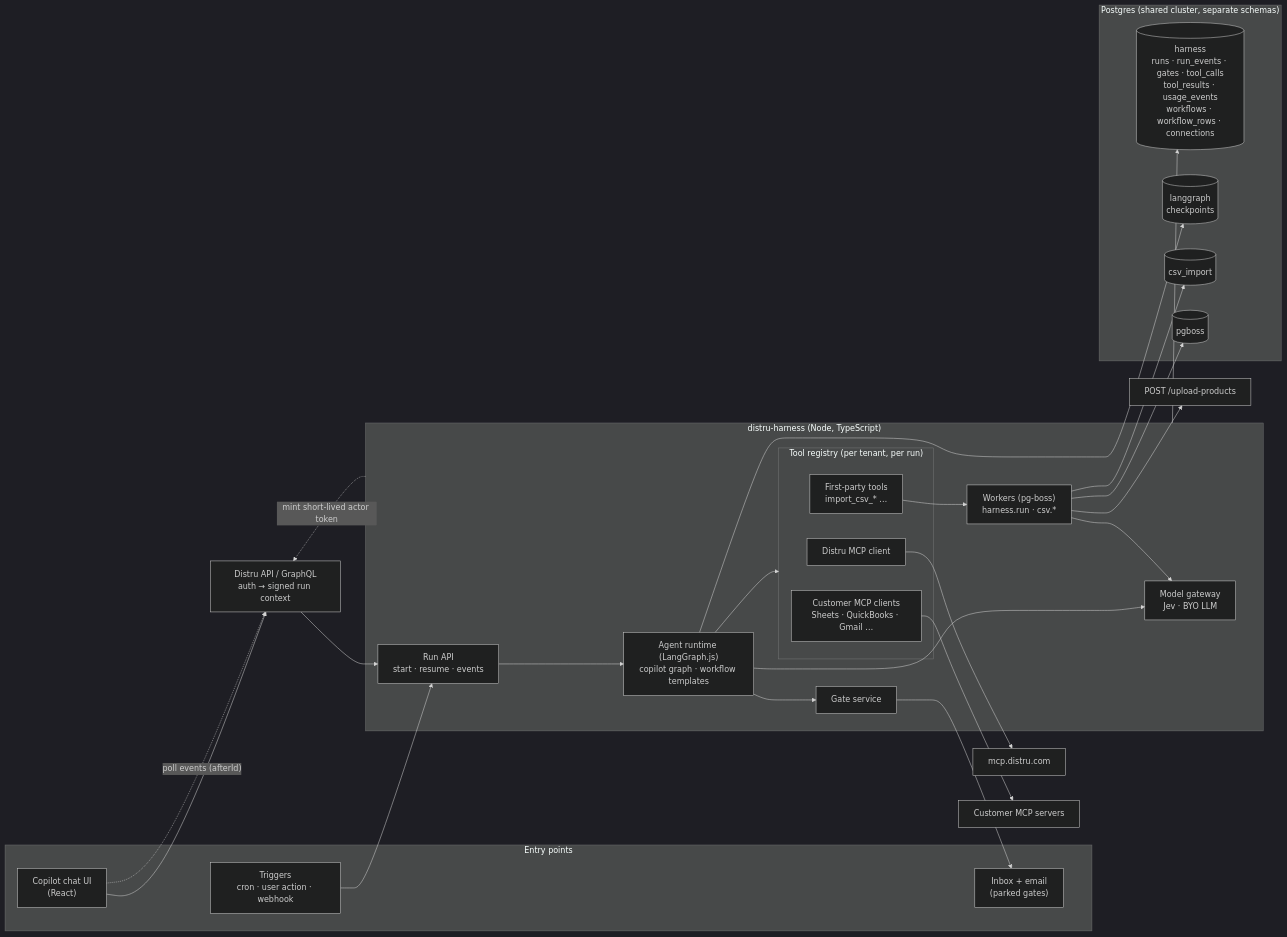
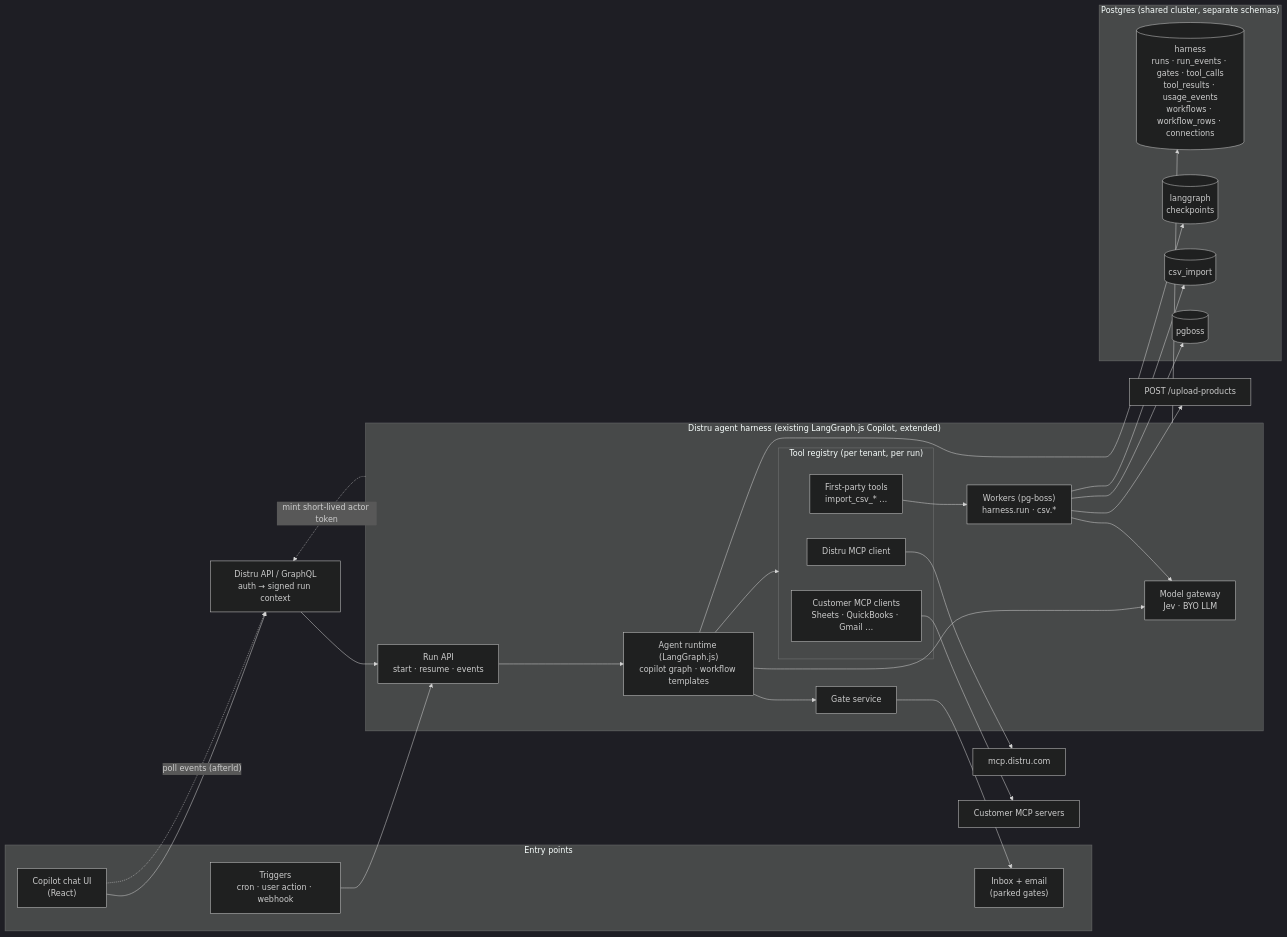
The first of 4 diagrams in docs/system-design.md (snavaneeth78/agent-csv-importer), drawn with Mermaid (dark theme) before and after one commit. The commit also changed other lines of this file and 1 other file, not shown here.

First line of the commit message:
Frame the harness as Distru's existing LangGraph.js Copilot

````diff
--- a/docs/system-design.md
+++ b/docs/system-design.md
@@ -20,49 +22,49 @@
 ```mermaid
 flowchart LR
   subgraph Entry["Entry points"]
     Chat["Copilot chat UI<br/>(React)"]
     Trig["Triggers<br/>cron · user action · webhook"]
     Inbox["Inbox + email<br/>(parked gates)"]
   end
 
   GQL["Distru API / GraphQL<br/>auth → signed run context"]
 
-  subgraph H["distru-harness (Node, TypeScript)"]
+  subgraph H["Distru agent harness (existing LangGraph.js Copilot, extended)"]
     RunAPI["Run API<br/>start · resume · events"]
     RT["Agent runtime (LangGraph.js)<br/>copilot graph · workflow templates"]
     Gates["Gate service"]
     MG["Model gateway<br/>Jev · BYO LLM"]
     subgraph Tools["Tool registry (per tenant, per run)"]
       FP["First-party tools<br/>import_csv_* …"]
       DM["Distru MCP client"]
       CM["Customer MCP clients<br/>Sheets · QuickBooks · Gmail …"]
     end
     W["Workers (pg-boss)<br/>harness.run · csv.*"]
   end
 
   subgraph PG["Postgres (shared cluster, separate schemas)"]
     S1[("harness<br/>runs · run_events · gates · tool_calls<br/>tool_results · usage_events<br/>workflows · workflow_rows · connections")]
     S2[("langgraph<br/>checkpoints")]
     S3[("csv_import")]
     S4[("pgboss")]
   end
 
   Chat --> GQL --> RunAPI
   Trig --> RunAPI
   RunAPI --> RT
   RT --> Tools
   RT --> MG
   RT --> Gates
   Gates --> Inbox
   FP --> W
   W --> MG
   DM --> DistruMCP["mcp.distru.com"]
   CM --> Ext["Customer MCP servers"]
   W --> Upload["POST /upload-products"]
   RT --> S2
   H --> S1
   W --> S3
   W --> S4
   Chat -. "poll events (afterId)" .-> GQL
   H -. "mint short-lived actor token" .-> GQL
 ```
````
